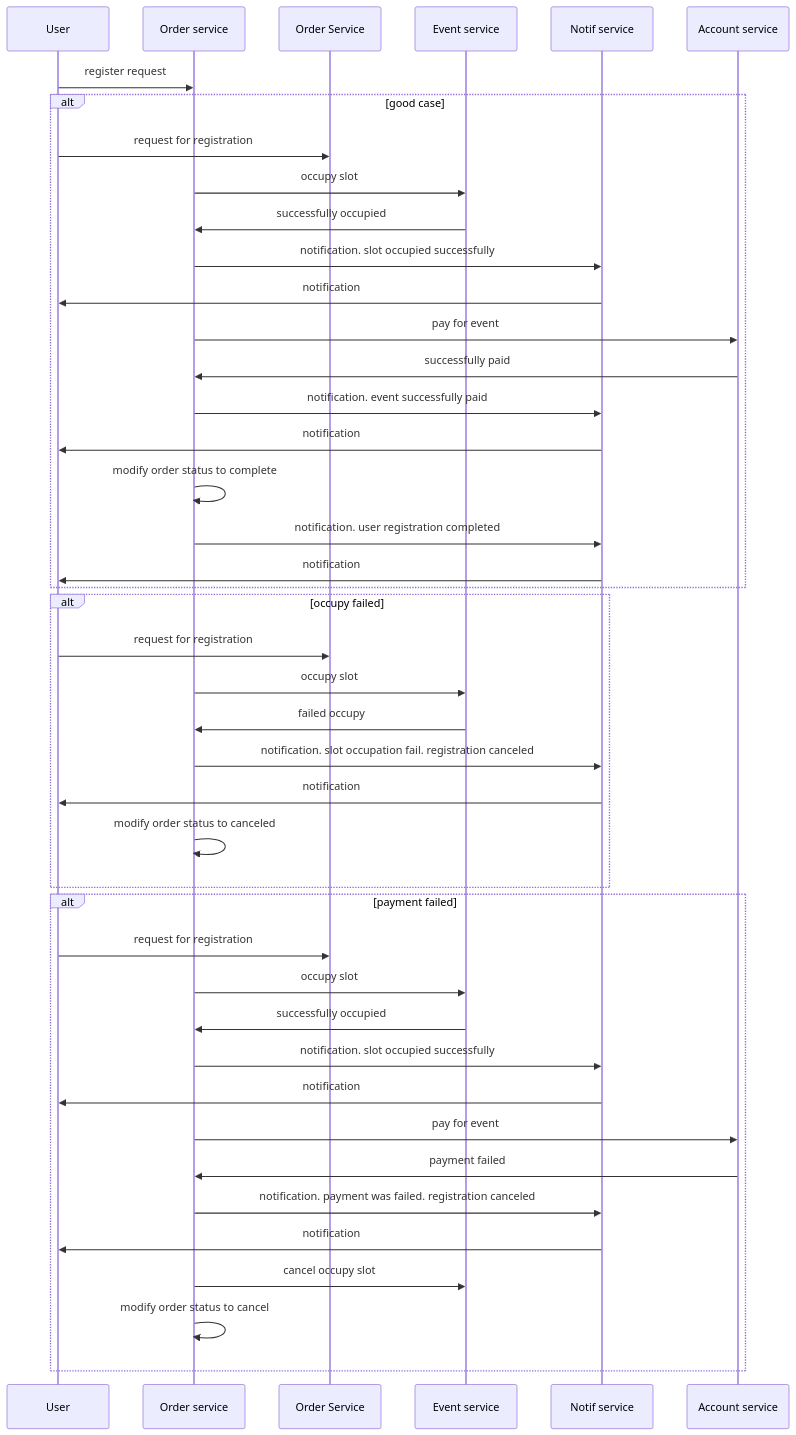
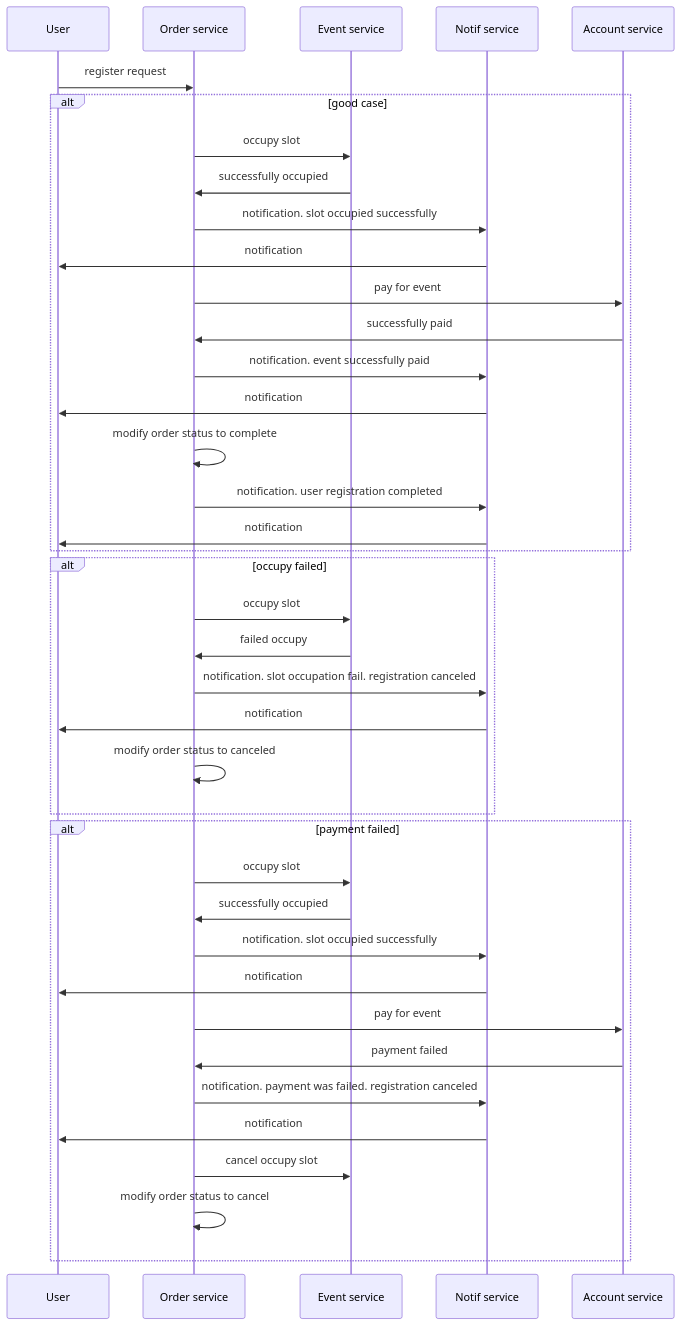
Before and after one commit to xost/otus-proj: the diagram in README.md, drawn with Mermaid.

````diff
--- a/README.md
+++ b/README.md
@@ -133,40 +133,37 @@
 ```mermaid
 %% регистрация на мероприятие
     sequenceDiagram
         User ->> Order service: register request
         alt good case
-        User ->> Order Service: request for registration
         Order service ->> Event service: occupy slot
         Event service ->> Order service: successfully occupied
         Order service ->> Notif service: notification. slot occupied successfully
         Notif service ->> User: notification
         Order service ->> Account service: pay for event
         Account service ->> Order service: successfully paid
         Order service ->> Notif service: notification. event successfully paid
         Notif service ->> User: notification
         Order service ->> Order service: modify order status to complete
         Order service ->> Notif service: notification. user registration completed
         Notif service ->> User: notification
         end
         alt occupy failed
-        User ->> Order Service: request for registration
         Order service ->> Event service: occupy slot
         Event service ->> Order service: failed occupy
         Order service ->> Notif service: notification. slot occupation fail. registration canceled
         Notif service ->> User: notification
         Order service ->> Order service: modify order status to canceled
         end
         alt payment failed
-        User ->> Order Service: request for registration
         Order service ->> Event service: occupy slot
         Event service ->> Order service: successfully occupied
         Order service ->> Notif service: notification. slot occupied successfully
         Notif service ->> User: notification
         Order service ->> Account service: pay for event
         Account service ->> Order service: payment failed
         Order service ->> Notif service: notification. payment was failed. registration canceled
         Notif service ->> User: notification
         Order service ->> Event service: cancel occupy slot
         Order service ->> Order service: modify order status to cancel
         end
 ```
````
